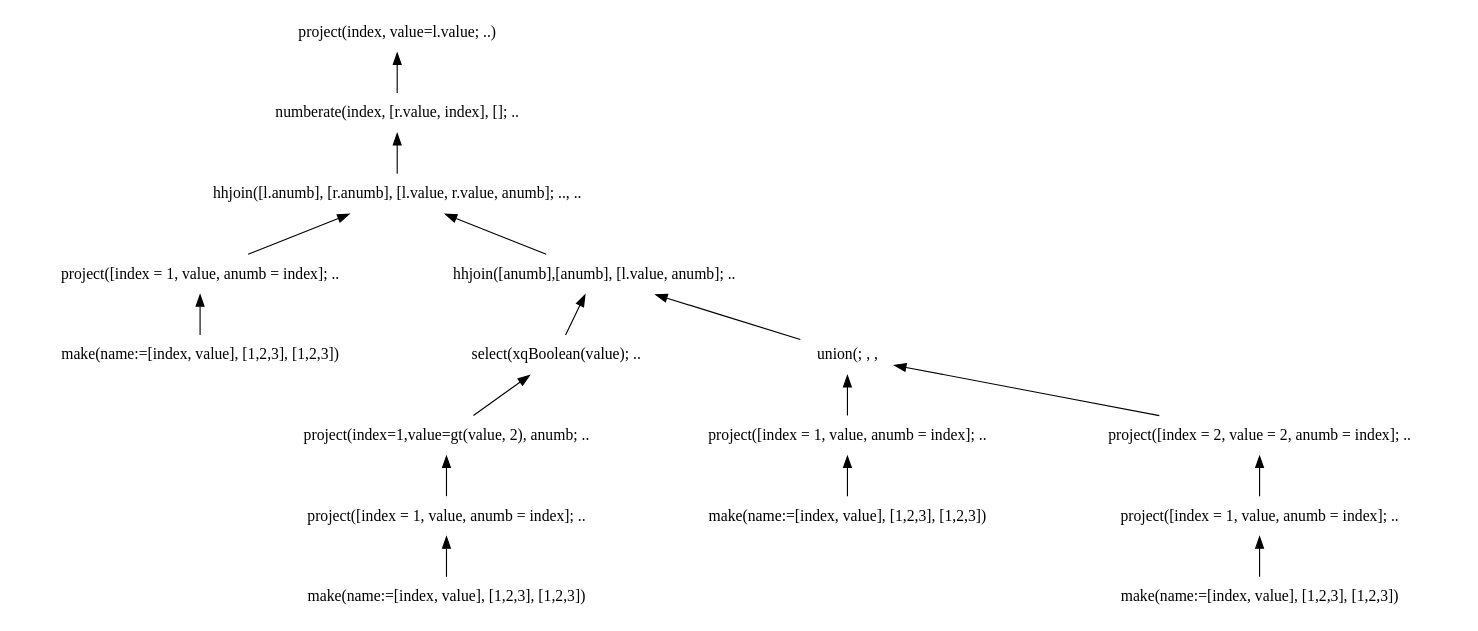
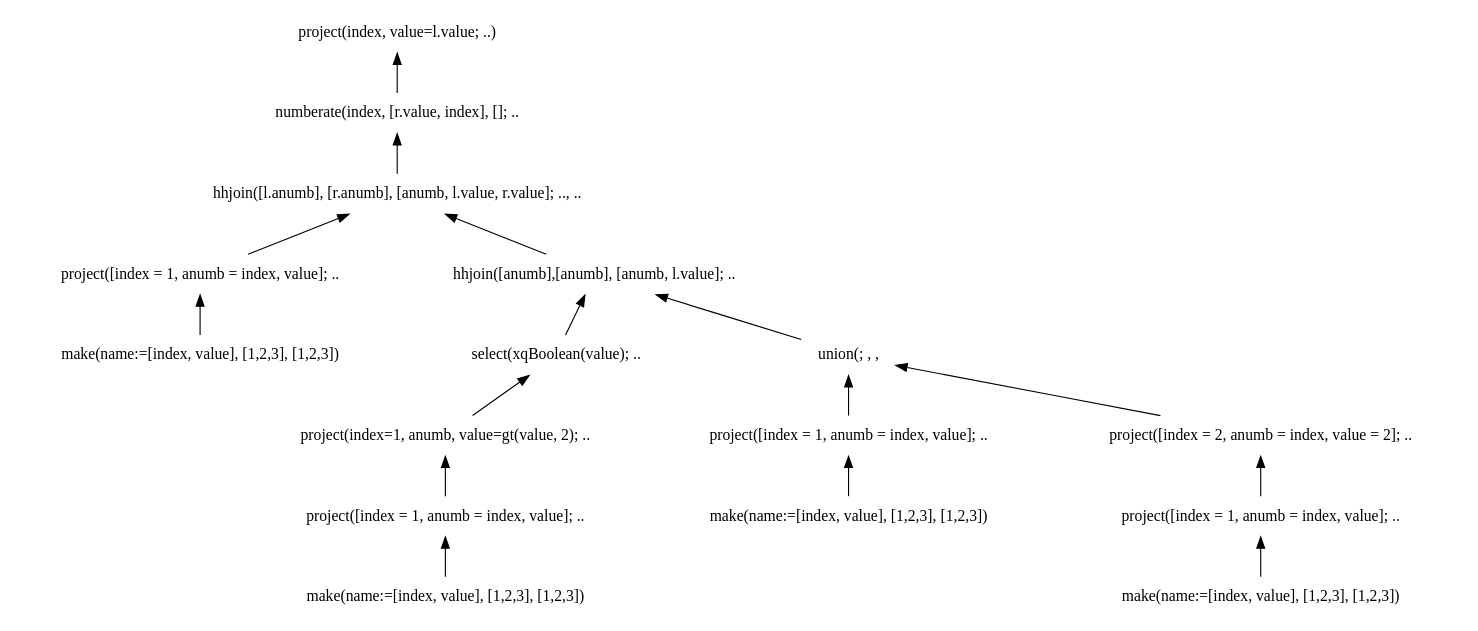
Before and after one commit to andrerav/xqft-parser: the diagram in doc/graph_src/ext_flwor.dot, drawn with Graphviz. The commit also changed 12 other files, not shown here.

```diff
--- a/doc/graph_src/ext_flwor.dot
+++ b/doc/graph_src/ext_flwor.dot
@@ -1,51 +1,51 @@
 digraph AST {
 edge [color=black, dir=both, weight=1, fontcolor=black, fontname=Helvetica, arrowhead=none,arrowtail=normal]
 node [shape=plaintext]
 
 // DAGifying nodes
 project1231->make1231;
 project1232->make1232;
 project1233->make1233;
 project12311->make12311;
 make1231 [label="make(name:=[index, value], [1,2,3], [1,2,3])"];
 make1232 [label="make(name:=[index, value], [1,2,3], [1,2,3])"];
 make1233 [label="make(name:=[index, value], [1,2,3], [1,2,3])"];
 make12311 [label="make(name:=[index, value], [1,2,3], [1,2,3])"];
 //make2 [label="make(name:=[index, value],[1],[2])"];
 //make22 [label="make(name:=[index, value],[1],[2])"];
-project1231 [label="project([index = 1, value, anumb = index]; .."];
-project1232 [label="project([index = 1, value, anumb = index]; .."];
-project1233 [label="project([index = 1, value, anumb = index]; .."];
-project12311 [label="project([index = 1, value, anumb = index]; .."];
-project2 [label="project([index = 2, value = 2, anumb = index]; .."];
+project1231 [label="project([index = 1, anumb = index, value]; .."];
+project1232 [label="project([index = 1, anumb = index, value]; .."];
+project1233 [label="project([index = 1, anumb = index, value]; .."];
+project12311 [label="project([index = 1, anumb = index, value]; .."];
+project2 [label="project([index = 2, anumb = index, value = 2]; .."];
 
 // Ordinary nodes
 project1 [label="project(index, value=l.value; ..)"];
 numberate1 [label="numberate(index, [r.value, index], []; .."];
-hhjoin1 [label="hhjoin([l.anumb], [r.anumb], [l.value, r.value, anumb]; .., .."];
-hhjoin2 [label="hhjoin([anumb],[anumb], [l.value, anumb]; .."];
+hhjoin1 [label="hhjoin([l.anumb], [r.anumb], [anumb, l.value, r.value]; .., .."];
+hhjoin2 [label="hhjoin([anumb],[anumb], [anumb, l.value]; .."];
 
 select1 [label="select(xqBoolean(value); .."];
-project5 [label="project(index=1,value=gt(value, 2), anumb; .."];
+project5 [label="project(index=1, anumb, value=gt(value, 2); .."];
 //hhjoin4 [label=" hhjoin([], [], [l.value, r.value, anumb]; ..,.."];
 
 union1 [label="union(; , ,"]
 //numberate2 [label="numberate(index,[sprIdx,index],[]; .."]
 
 project1->numberate1;
   numberate1->hhjoin1;
     hhjoin1->hhjoin2;
       //hhjoin2->numberate2;
         //numberate2->union1;
         hhjoin2->union1;
            union1->project1231;
            union1->project2;
              project2->project12311;
       hhjoin2->select1;
         select1->project5;
           project5->project1232
               //project5->hhjoin4;
               //  hhjoin4->project1232;
               //  hhjoin4->make22;
     hhjoin1->project1233;
 }
```
